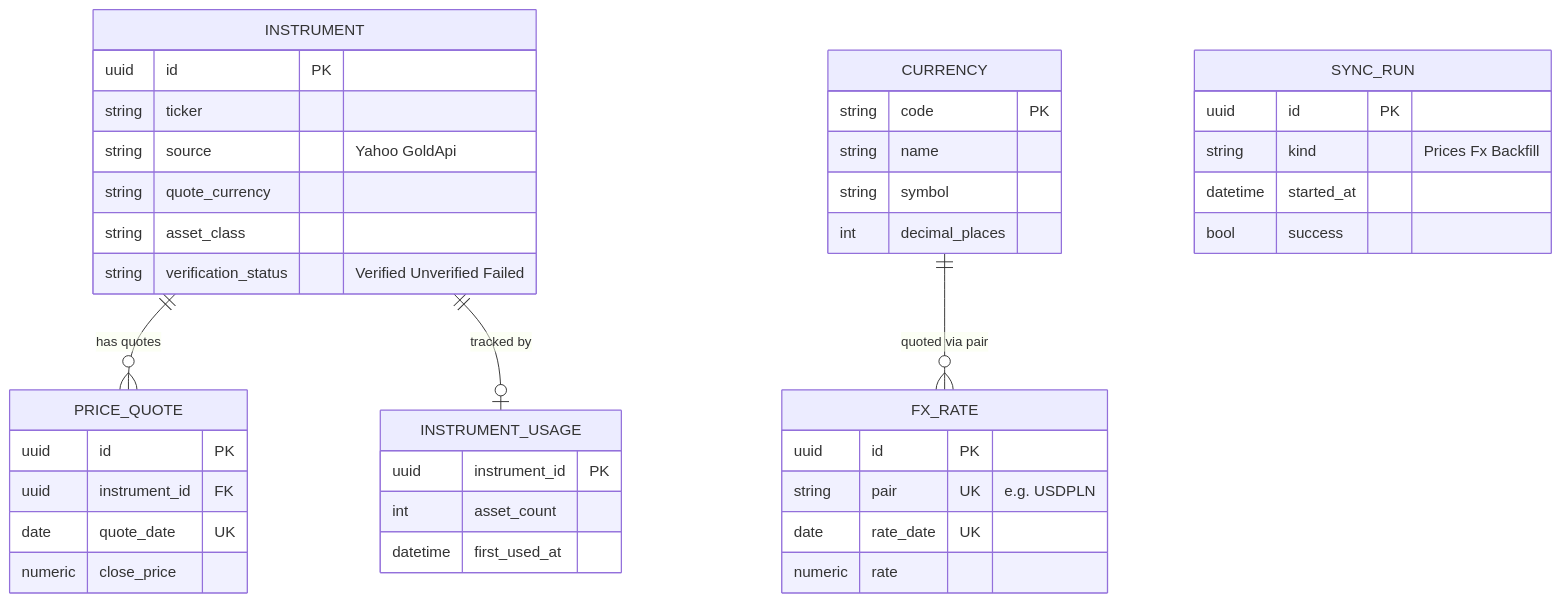
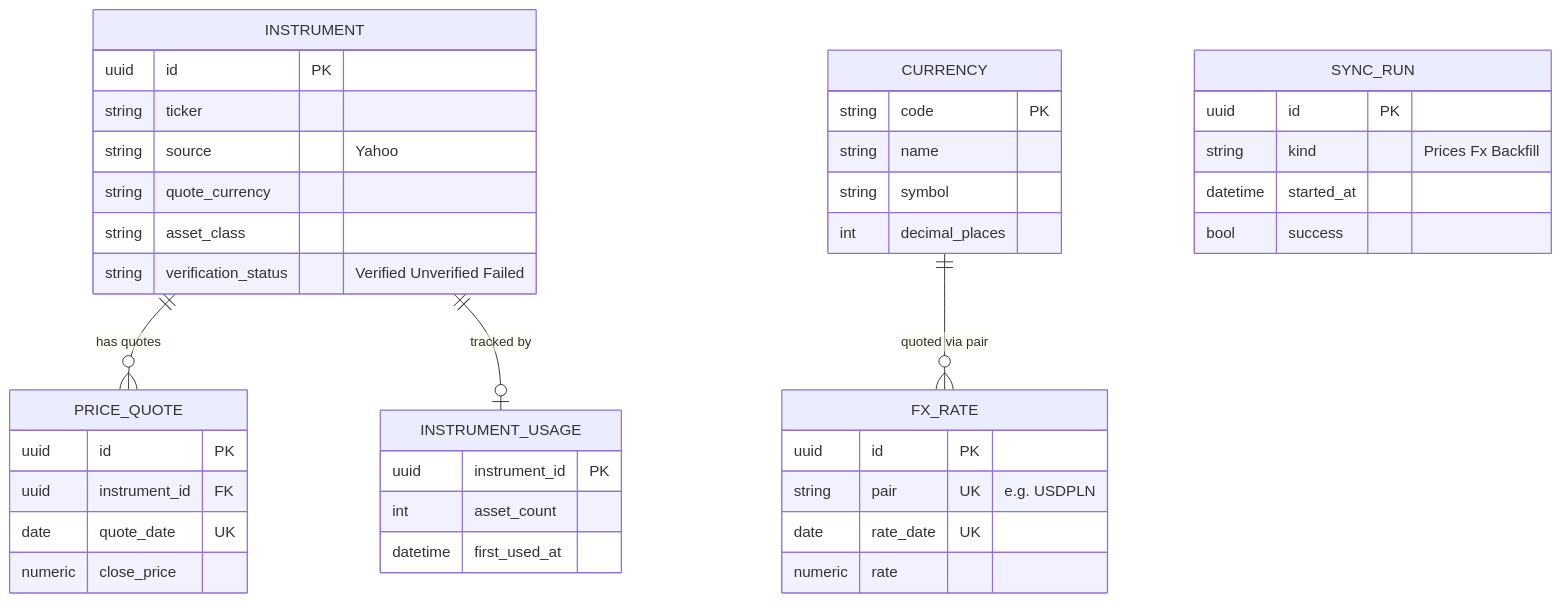
One commit to Maliniak93/FinMel changed the second of 3 diagrams in skarbiec-plan/domain.md. Above: the diagram before and after it, drawn with Mermaid. The commit also changed other lines of this file and 60 other files, not shown here.

````diff
--- a/skarbiec-plan/domain.md
+++ b/skarbiec-plan/domain.md
@@ -180,43 +180,43 @@
 ```mermaid
 erDiagram
     INSTRUMENT ||--o{ PRICE_QUOTE : "has quotes"
     INSTRUMENT ||--o| INSTRUMENT_USAGE : "tracked by"
     CURRENCY ||--o{ FX_RATE : "quoted via pair"
     CURRENCY {
         string code PK
         string name
         string symbol
         int decimal_places
     }
     INSTRUMENT {
         uuid id PK
         string ticker
-        string source "Yahoo GoldApi"
+        string source "Yahoo"
         string quote_currency
         string asset_class
         string verification_status "Verified Unverified Failed"
     }
     PRICE_QUOTE {
         uuid id PK
         uuid instrument_id FK
         date quote_date UK
         numeric close_price
     }
     FX_RATE {
         uuid id PK
         string pair UK "e.g. USDPLN"
         date rate_date UK
         numeric rate
     }
     INSTRUMENT_USAGE {
         uuid instrument_id PK
         int asset_count
         datetime first_used_at
     }
     SYNC_RUN {
         uuid id PK
         string kind "Prices Fx Backfill"
         datetime started_at
         bool success
     }
 ```
````
